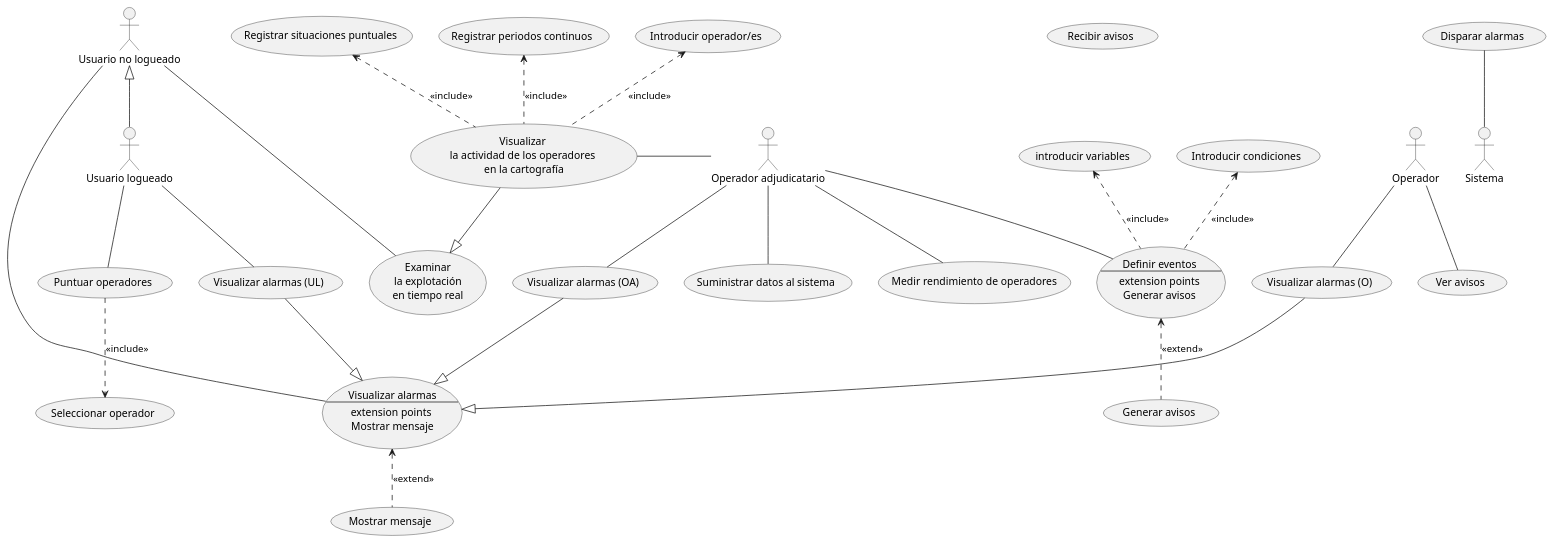
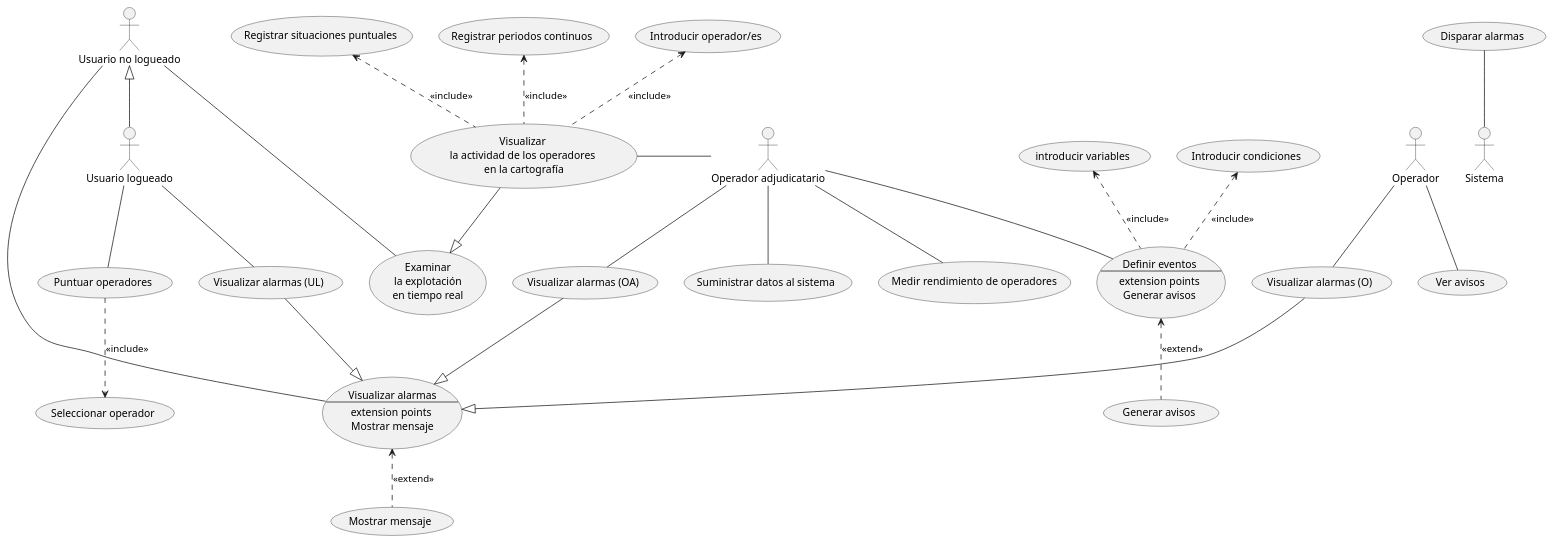
One commit to cgg734/INRE-UAL-MORADO-2022-2023 changed the diagram in Proyecto/source/SMET.puml. Above: the diagram before and after it, drawn with PlantUML.

Commit message:
recibir avisos

```diff
--- a/Proyecto/source/SMET.puml
+++ b/Proyecto/source/SMET.puml
@@ -1,50 +1,50 @@
 @startuml Sistema de informacion
 actor OA as "Operador adjudicatario"
 actor Operador
 actor UR as "Usuario logueado"
 actor UNR as "Usuario no logueado"
 usecase (Visualizar \nla actividad de los operadores \nen la cartografía) as VisualAct
 OA-left-VisualAct
 (Registrar situaciones puntuales)<..VisualAct : <<include>>
 (Registrar periodos continuos)<..VisualAct : <<include>>
 usecase (Visualizar alarmas UR) as "Visualizar alarmas (UL)"
 usecase (Visualizar alarmas OA) as "Visualizar alarmas (OA)"
 usecase (Visualizar alarmas O) as "Visualizar alarmas (O)"
 usecase VA as "Visualizar alarmas 
 --
 extension points 
 Mostrar mensaje"
-usecase (Recibir avisos)
+
 usecase DE as "Definir eventos 
 --
 extension points
 Generar avisos"
 
 usecase (Generar avisos) as GA
 usecase EX as "Examinar 
 la explotación
 en tiempo real"
 OA--(Visualizar alarmas OA)
 UR--(Visualizar alarmas UR)
 Operador--(Visualizar alarmas O)
 (Visualizar alarmas O)--|>VA
 (Visualizar alarmas OA)--|>VA
 (Visualizar alarmas UR)--|>VA
 Operador--(Ver avisos)
 OA--DE
 (introducir variables)<..DE : <<include>> 
 (Introducir condiciones)<..DE : <<include>>
 DE<..GA : <<extend>>
 UNR--EX
 VisualAct--|>EX
 (Introducir operador/es)<..VisualAct : <<include>>
 UNR-right-VA
 UNR<|--UR
 (Disparar alarmas)--Sistema
 OA--(Suministrar datos al sistema)
 usecase PO as "Puntuar operadores"
 UR--PO
 (Seleccionar operador)<.up.PO : <<include>>
 OA--(Medir rendimiento de operadores)
 (Mostrar mensaje).up.>VA : <<extend>>
 @enduml
```
